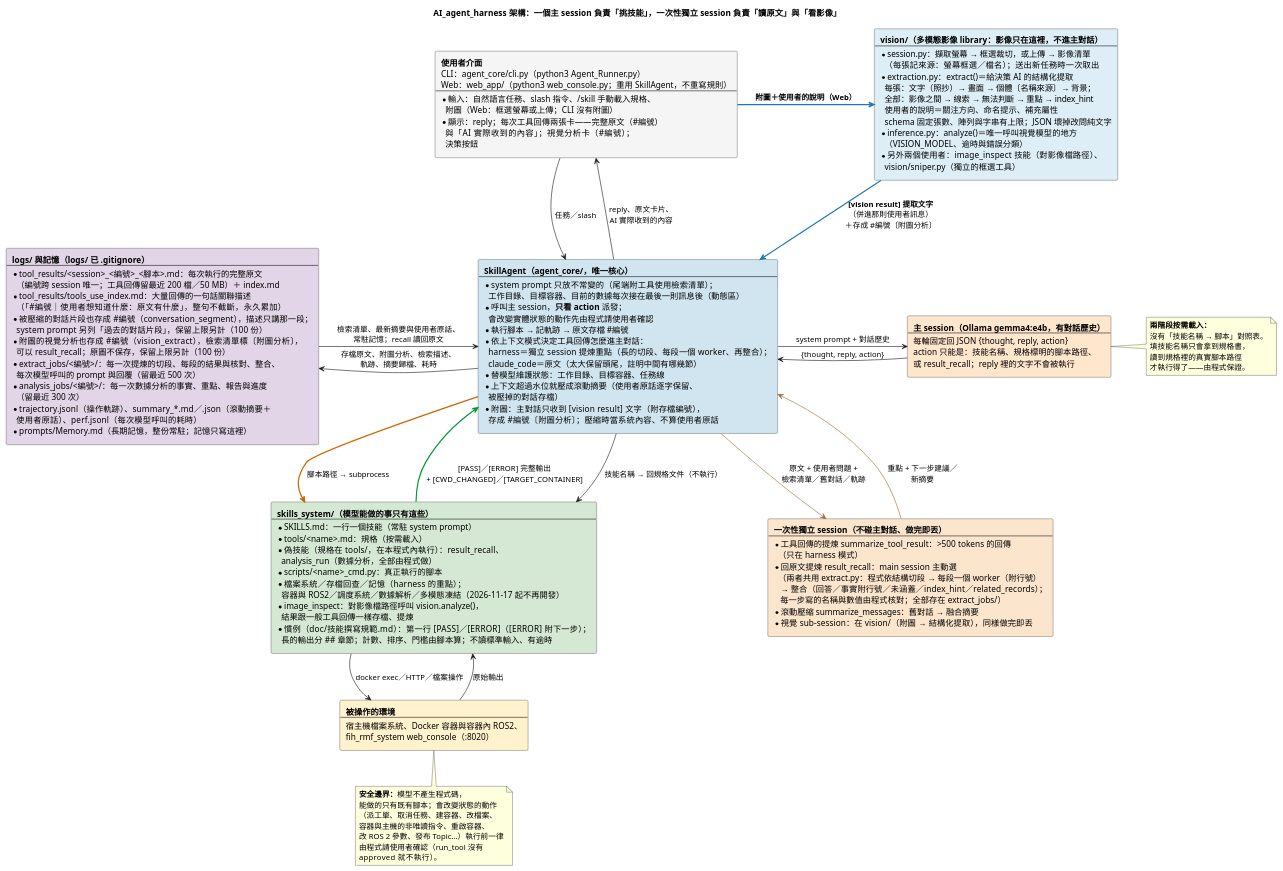
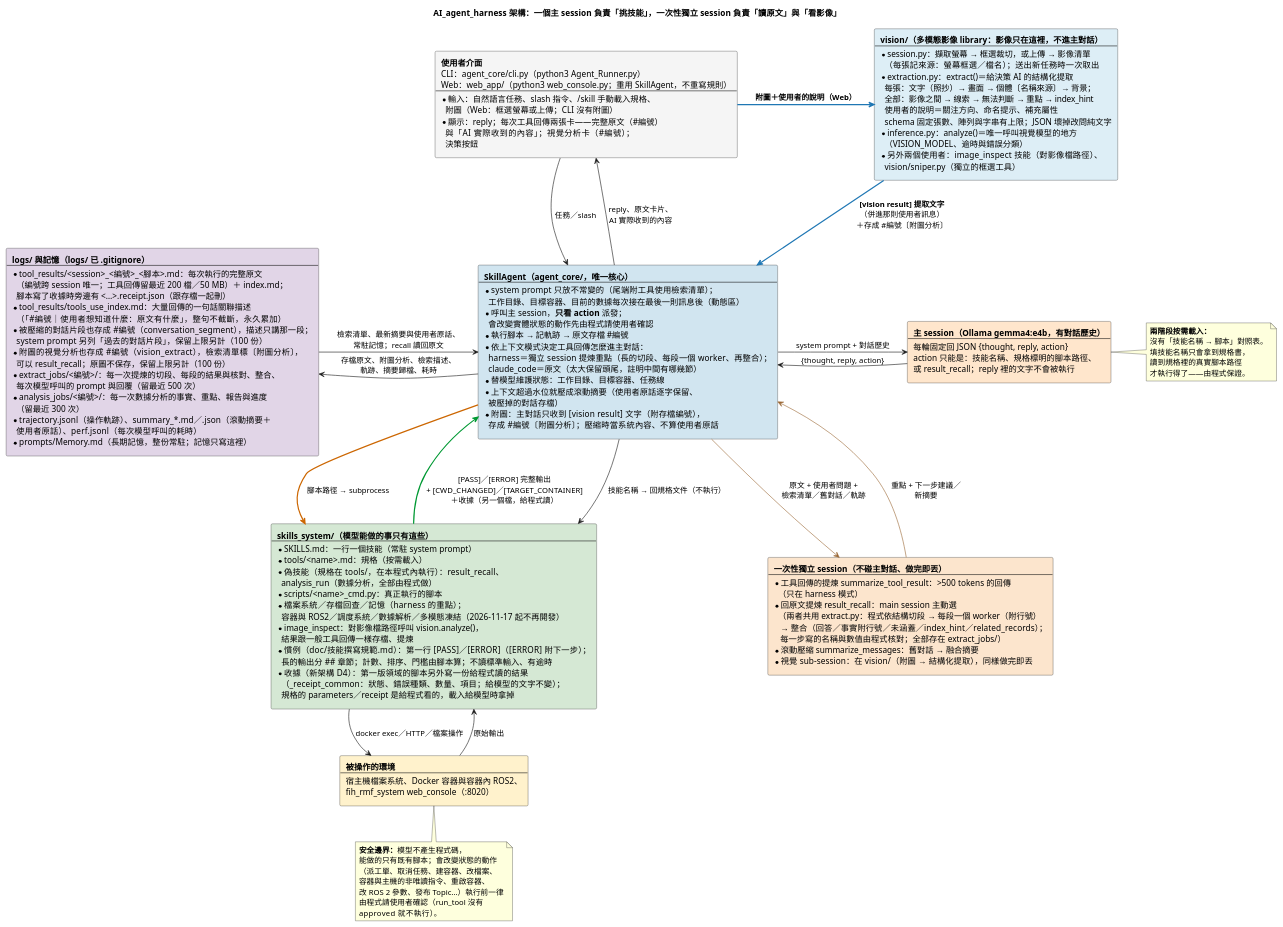
The diagram in doc/diagrams/AI_agent_harness的說明.puml (DavidZox/Coding_agnet), drawn with PlantUML before and after one commit. The commit also changed 33 other files, not shown here.

```diff
--- a/doc/diagrams/AI_agent_harness的說明.puml
+++ b/doc/diagrams/AI_agent_harness的說明.puml
@@ -1,157 +1,161 @@
 @startuml
 ' --- 樣式精準控制 ---
 skinparam RectangleWidthMax 340
 skinparam ranksep 60
 skinparam nodesep 60
 skinparam shadowing false
 skinparam defaultFontName "Microsoft JhengHei"
 
 title AI_agent_harness 架構：一個主 session 負責「挑技能」，一次性獨立 session 負責「讀原文」與「看影像」
 
 rectangle NodeUser #F5F5F5 [
   **使用者介面**
   CLI：agent_core/cli.py（python3 Agent_Runner.py）
   Web：web_app/（python3 web_console.py；重用 SkillAgent，不重寫規則）
   ----
   * 輸入：自然語言任務、slash 指令、/skill 手動載入規格、
     附圖（Web：框選螢幕或上傳；CLI 沒有附圖）
   * 顯示：reply；每次工具回傳兩張卡——完整原文（#編號）
     與「AI 實際收到的內容」；視覺分析卡（#編號）；
     決策按鈕
 ]
 
 rectangle NodeVision #DDEEF6 [
   **vision/（多模態影像 library：影像只在這裡，不進主對話）**
   ----
   * session.py：擷取螢幕 → 框選裁切，或上傳 → 影像清單
     （每張記來源：螢幕框選／檔名）；送出新任務時一次取出
   * extraction.py：extract()＝給決策 AI 的結構化提取
     每張：文字（照抄）→ 畫面 → 個體〔名稱來源〕→ 背景；
     全部：影像之間 → 線索 → 無法判斷 → 重點 → index_hint
     使用者的說明＝關注方向、命名提示、補充屬性
     schema 固定張數、陣列與字串有上限；JSON 壞掉改問純文字
   * inference.py：analyze()＝唯一呼叫視覺模型的地方
     （VISION_MODEL、逾時與錯誤分類）
   * 另外兩個使用者：image_inspect 技能（對影像檔路徑）、
     vision/sniper.py（獨立的框選工具）
 ]
 
 rectangle NodeAgent #D1E5F0 [
   **SkillAgent（agent_core/，唯一核心）**
   ----
   * system prompt 只放不常變的（尾端附工具使用檢索清單）；
     工作目錄、目標容器、目前的數據每次接在最後一則訊息後（動態區）
   * 呼叫主 session，**只看 action** 派發；
     會改變實體狀態的動作先由程式請使用者確認
   * 執行腳本 → 記軌跡 → 原文存檔 #編號
   * 依上下文模式決定工具回傳怎麼進主對話：
     harness＝獨立 session 提煉重點（長的切段、每段一個 worker、再整合）；
     claude_code＝原文（太大保留頭尾，註明中間有哪幾節）
   * 替模型維護狀態：工作目錄、目標容器、任務線
   * 上下文超過水位就壓成滾動摘要（使用者原話逐字保留、
     被壓掉的對話存檔）
   * 附圖：主對話只收到 [vision result] 文字（附存檔編號），
     存成 #編號〔附圖分析〕；壓縮時當系統內容、不算使用者原話
 ]
 
 rectangle NodeLLM #FFE6CC [
   **主 session（Ollama gemma4:e4b，有對話歷史）**
   ----
   每輪固定回 JSON {thought, reply, action}
   action 只能是：技能名稱、規格標明的腳本路徑、
   或 result_recall；reply 裡的文字不會被執行
 ]
 
 rectangle NodeSub #FCE5CD [
   **一次性獨立 session（不碰主對話、做完即丟）**
   ----
   * 工具回傳的提煉 summarize_tool_result：>500 tokens 的回傳
     （只在 harness 模式）
   * 回原文提煉 result_recall：main session 主動選
     （兩者共用 extract.py：程式依結構切段 → 每段一個 worker（附行號）
      → 整合（回答／事實附行號／未涵蓋／index_hint／related_records）；
      每一步寫的名稱與數值由程式核對；全部存在 extract_jobs/）
   * 滾動壓縮 summarize_messages：舊對話 → 融合摘要
   * 視覺 sub-session：在 vision/（附圖 → 結構化提取），同樣做完即丟
 ]
 
 rectangle NodeSkills #D5E8D4 [
   **skills_system/（模型能做的事只有這些）**
   ----
   * SKILLS.md：一行一個技能（常駐 system prompt）
   * tools/<name>.md：規格（按需載入）
   * 偽技能（規格在 tools/，在本程式內執行）：result_recall、
     analysis_run（數據分析，全部由程式做）
   * scripts/<name>_cmd.py：真正執行的腳本
   * 檔案系統／存檔回查／記憶（harness 的重點）；
     容器與 ROS2／調度系統／數據解析／多模態凍結（2026-11-17 起不再開發）
   * image_inspect：對影像檔路徑呼叫 vision.analyze()，
     結果跟一般工具回傳一樣存檔、提煉
   * 慣例（doc/技能撰寫規範.md）：第一行 [PASS]／[ERROR]（[ERROR] 附下一步）；
     長的輸出分 ## 章節；計數、排序、門檻由腳本算；不讀標準輸入、有逾時
+  * 收據（新架構 D4）：第一版領域的腳本另外寫一份給程式讀的結果
+    （_receipt_common：狀態、錯誤種類、數量、項目；給模型的文字不變）；
+    規格的 parameters／receipt 是給程式看的，載入給模型時拿掉
 ]
 
 rectangle NodeWorld #FFF2CC [
   **被操作的環境**
   ----
   宿主機檔案系統、Docker 容器與容器內 ROS2、
   fih_rmf_system web_console（:8020）
 ]
 
 rectangle NodeStore #E1D5E7 [
   **logs/ 與記憶（logs/ 已 .gitignore）**
   ----
   * tool_results/<session>_<編號>_<腳本>.md：每次執行的完整原文
-    （編號跨 session 唯一；工具回傳留最近 200 檔／50 MB）＋ index.md
+    （編號跨 session 唯一；工具回傳留最近 200 檔／50 MB）＋ index.md；
+    腳本寫了收據時旁邊有 <…>.receipt.json（跟存檔一起刪）
   * tool_results/tools_use_index.md：大量回傳的一句話關聯描述
     （「#編號｜使用者想知道什麼：原文有什麼」，整句不截斷，永久累加）
   * 被壓縮的對話片段也存成 #編號（conversation_segment），描述只講那一段；
     system prompt 另列「過去的對話片段」，保留上限另計（100 份）
   * 附圖的視覺分析也存成 #編號（vision_extract），檢索清單標〔附圖分析〕，
     可以 result_recall；原圖不保存，保留上限另計（100 份）
   * extract_jobs/<編號>/：每一次提煉的切段、每段的結果與核對、整合、
     每次模型呼叫的 prompt 與回覆（留最近 500 次）
   * analysis_jobs/<編號>/：每一次數據分析的事實、重點、報告與進度
     （留最近 300 次）
   * trajectory.jsonl（操作軌跡）、summary_*.md／.json（滾動摘要＋
     使用者原話）、perf.jsonl（每次模型呼叫的耗時）
   * prompts/Memory.md（長期記憶，整份常駐；記憶只寫這裡）
 ]
 
 NodeUser -down-> NodeAgent : 任務／slash
 NodeAgent -up-> NodeUser : reply、原文卡片、\nAI 實際收到的內容
 NodeAgent -right-> NodeLLM : system prompt + 對話歷史
 NodeLLM -left-> NodeAgent : {thought, reply, action}
 NodeAgent -[#996633]right-> NodeSub : 原文 + 使用者問題 +\n檢索清單／舊對話／軌跡
 NodeSub -[#996633]left-> NodeAgent : 重點 + 下一步建議／\n新摘要
 NodeUser -[#1F77B4,bold]right-> NodeVision : **附圖＋使用者的說明（Web）**
 NodeVision -[#1F77B4,bold]down-> NodeAgent : **[vision result] 提取文字**\n（併進那則使用者訊息）\n＋存成 #編號〔附圖分析〕
 NodeAgent -down-> NodeSkills : 技能名稱 → 回規格文件（不執行）
 NodeAgent -[#CC6600,bold]down-> NodeSkills : 腳本路徑 → subprocess
 NodeSkills -down-> NodeWorld : docker exec／HTTP／檔案操作
 NodeWorld -up-> NodeSkills : 原始輸出
-NodeSkills -[#009933,bold]up-> NodeAgent : [PASS]／[ERROR] 完整輸出\n+ [CWD_CHANGED]／[TARGET_CONTAINER]
+NodeSkills -[#009933,bold]up-> NodeAgent : [PASS]／[ERROR] 完整輸出\n+ [CWD_CHANGED]／[TARGET_CONTAINER]\n＋收據（另一個檔，給程式讀）
 NodeAgent -left-> NodeStore : 存檔原文、附圖分析、檢索描述、\n軌跡、摘要歸檔、耗時
 NodeStore -right-> NodeAgent : 檢索清單、最新摘要與使用者原話、\n常駐記憶；recall 讀回原文
 NodeLLM -[hidden]down-> NodeSub
 NodeVision -[hidden]down-> NodeLLM
 
 note right of NodeLLM
   **兩階段按需載入：**
   沒有「技能名稱 → 腳本」對照表。
   填技能名稱只會拿到規格書，
   讀到規格裡的真實腳本路徑
   才執行得了——由程式保證。
 end note
 
 note bottom of NodeWorld
   **安全邊界：**模型不產生程式碼，
   能做的只有既有腳本；會改變狀態的動作
   （派工單、取消任務、建容器、改檔案、
   容器與主機的非唯讀指令、重啟容器、
   改 ROS 2 參數、發布 Topic…）執行前一律
   由程式請使用者確認（run_tool 沒有
   approved 就不執行）。
 end note
 
 @enduml
```
